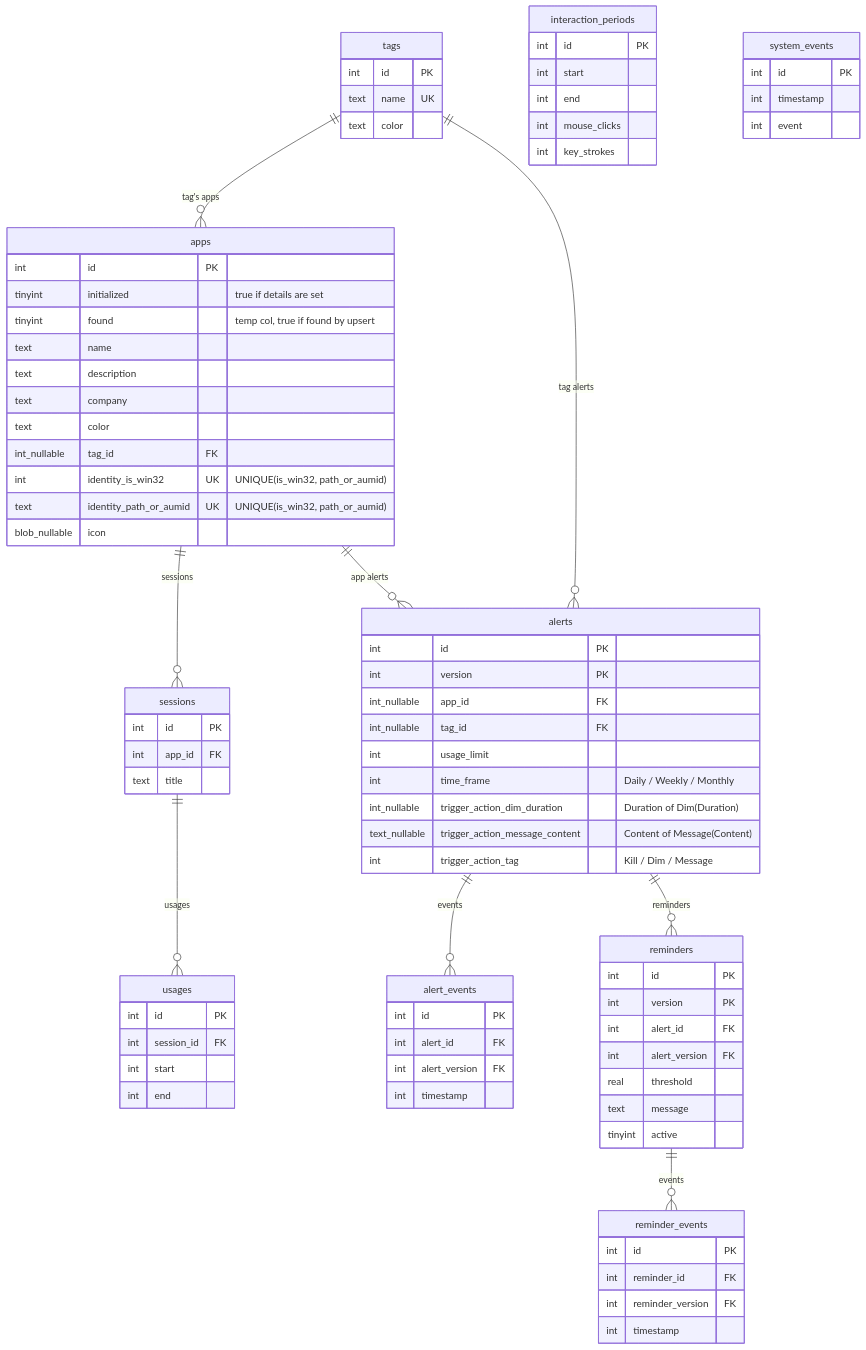
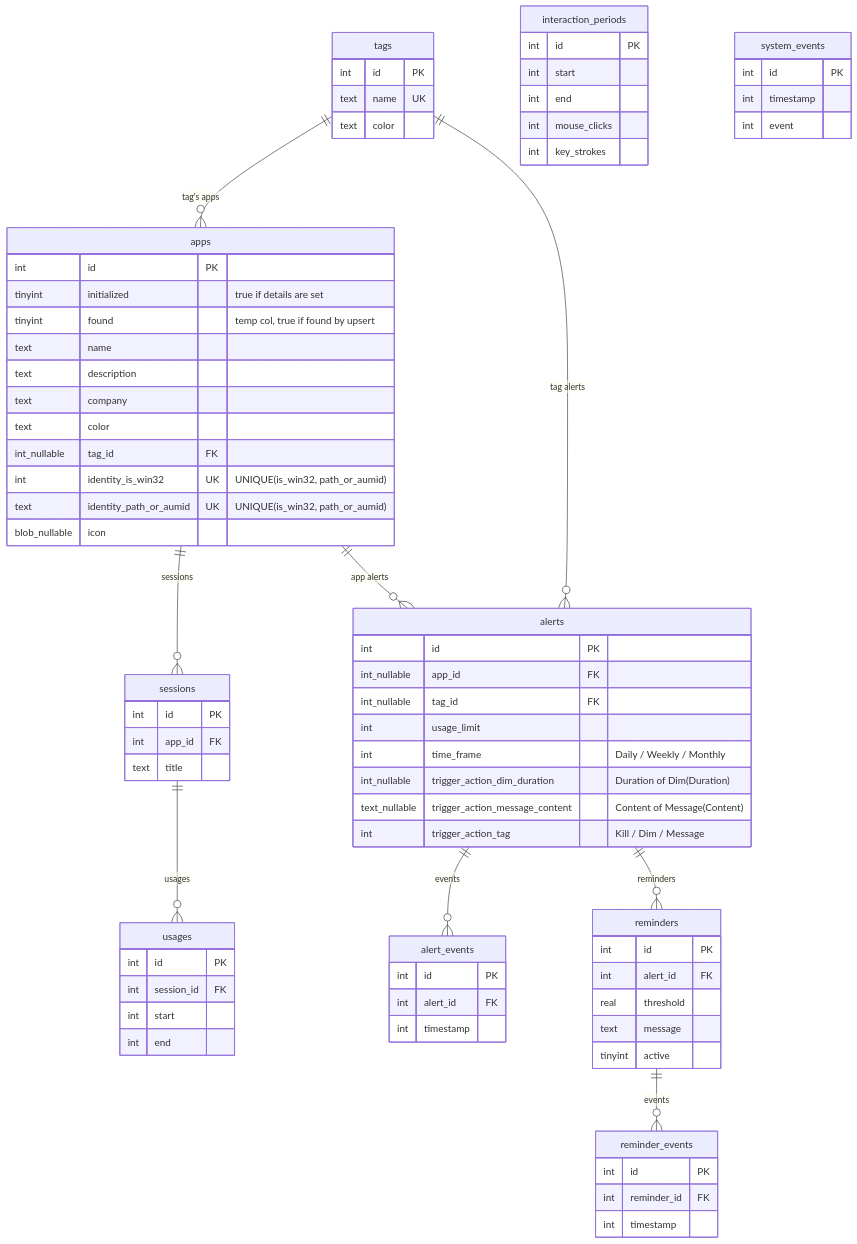
Before and after one commit to Enigmatrix/Cobalt: the second of 2 diagrams in ARCHITECTURE.md, drawn with Mermaid. The commit also changed 1 other file, not shown here.

Commit message:
feat(docs): update with new alert schema

```diff
--- a/ARCHITECTURE.md
+++ b/ARCHITECTURE.md
@@ -86,7 +86,6 @@
 
     alerts {
         int             id PK
-        int             version PK
         int_nullable    app_id FK
         int_nullable    tag_id FK
         int             usage_limit
@@ -99,15 +98,12 @@
     alert_events {
         int             id PK
         int             alert_id FK
-        int             alert_version FK
         int             timestamp
     }
 
     reminders {
         int             id PK
-        int             version PK
         int             alert_id FK
-        int             alert_version FK
         real            threshold
         text            message
         tinyint         active
@@ -116,7 +112,6 @@
     reminder_events {
         int             id PK
         int             reminder_id FK
-        int             reminder_version FK
         int             timestamp
     }
 
```
